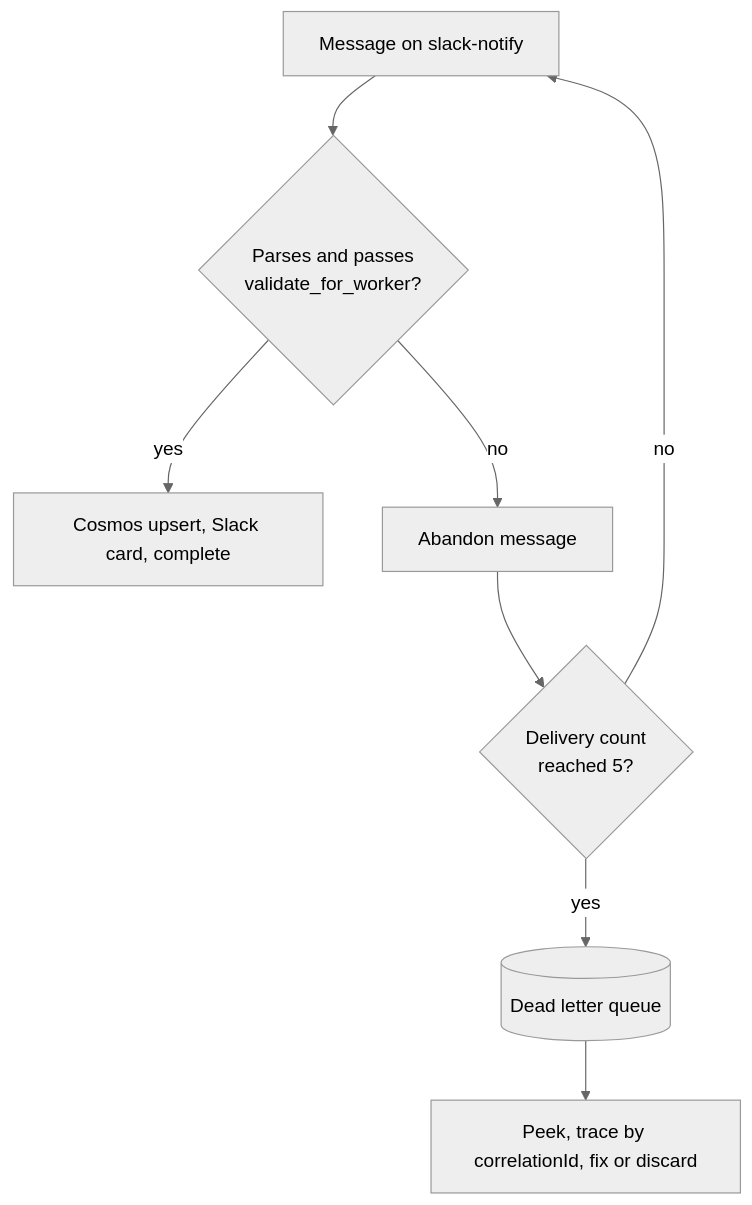
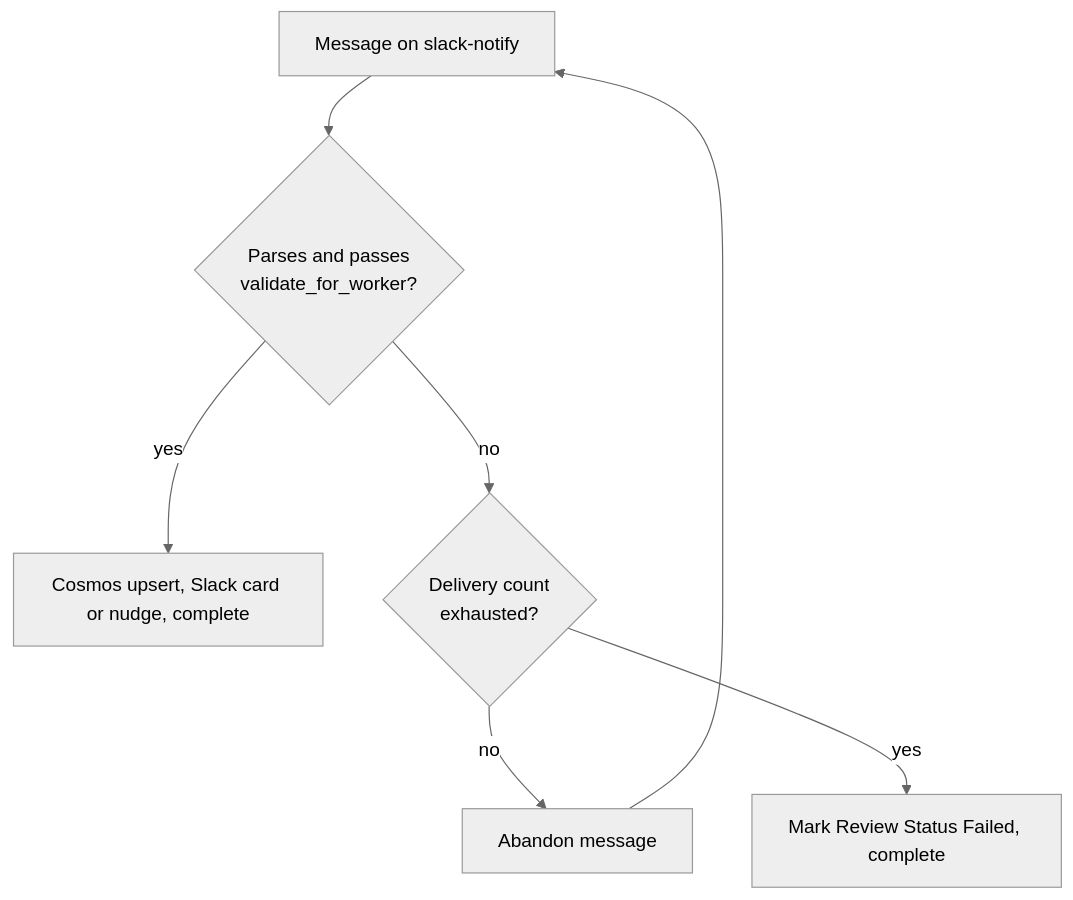
One commit to broberts23/vsCode changed the third of 4 diagrams in project-access-reviews-autopilot/docs/blog.md. Above: the diagram before and after it, drawn with Mermaid (neutral theme). The commit also changed other lines of this file and 4 other files, not shown here.

````diff
--- a/project-access-reviews-autopilot/docs/blog.md
+++ b/project-access-reviews-autopilot/docs/blog.md
@@ -262,10 +275,9 @@
 ```mermaid
 flowchart TD
     msg["Message on slack-notify"] --> parse{"Parses and passes<br/>validate_for_worker?"}
-    parse -->|"yes"| ok["Cosmos upsert, Slack card, complete"]
-    parse -->|"no"| abandon["Abandon message"]
-    abandon --> count{"Delivery count<br/>reached 5?"}
-    count -->|"no"| msg
-    count -->|"yes"| dlq[("Dead letter queue")]
-    dlq --> peek["Peek, trace by correlationId, fix or discard"]
+    parse -->|"yes"| ok["Cosmos upsert, Slack card or nudge, complete"]
+    parse -->|"no"| retry{"Delivery count<br/>exhausted?"}
+    retry -->|"no"| abandon["Abandon message"]
+    abandon --> msg
+    retry -->|"yes"| failed["Mark Review Status Failed, complete"]
 ```
````
